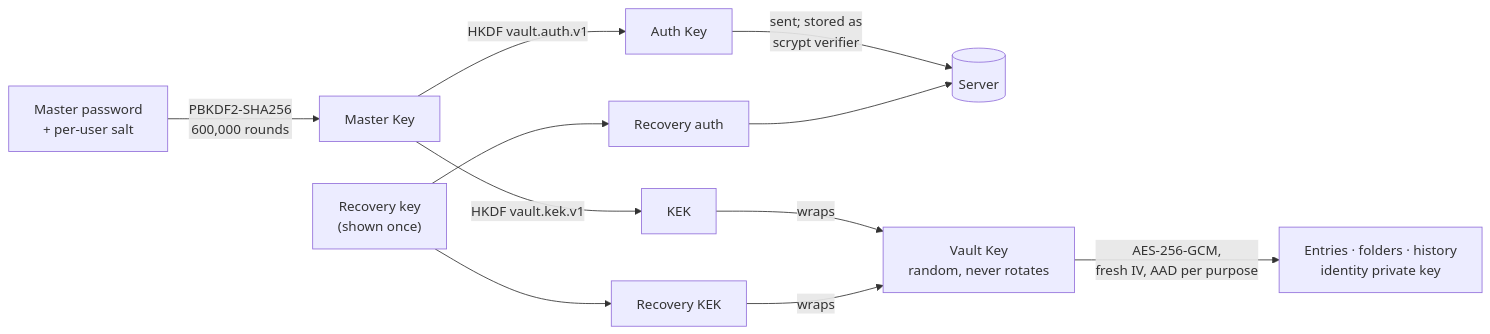
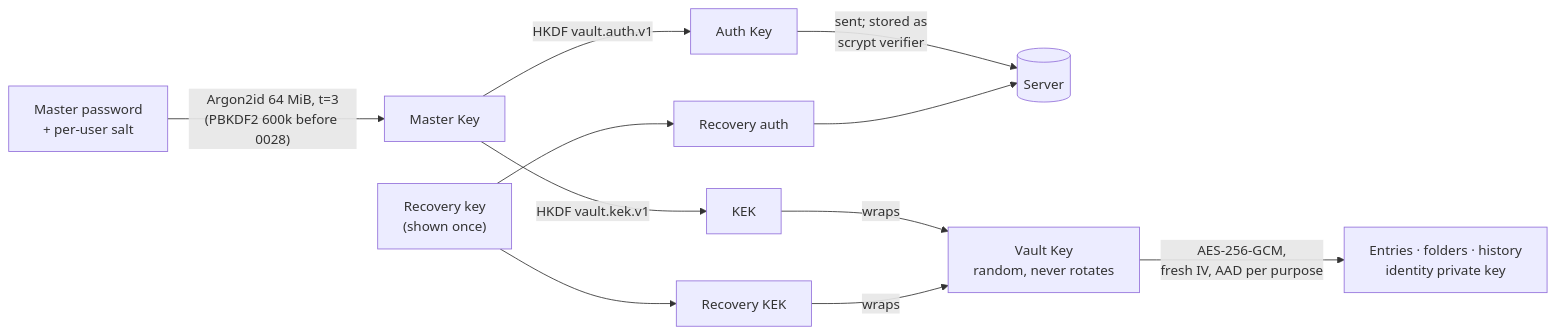
Before and after one commit to SHIVAM-SHARMA-766/vault: the second of 6 diagrams in ARCHITECTURE.md, drawn with Mermaid. The commit also changed other lines of this file and 42 other files, not shown here.

First line of the commit message:
D10: Argon2id for the master password (decision 0028)

````diff
--- a/ARCHITECTURE.md
+++ b/ARCHITECTURE.md
@@ -113,13 +113,13 @@
 ```mermaid
 flowchart LR
-  pw["Master password<br/>+ per-user salt"] -- "PBKDF2-SHA256<br/>600,000 rounds" --> mk["Master Key"]
+  pw["Master password<br/>+ per-user salt"] -- "Argon2id 64 MiB, t=3<br/>(PBKDF2 600k before 0028)" --> mk["Master Key"]
   mk -- "HKDF vault.kek.v1" --> kek["KEK"]
   mk -- "HKDF vault.auth.v1" --> auth["Auth Key"]
   auth -- "sent; stored as<br/>scrypt verifier" --> server[("Server")]
   rk["Recovery key<br/>(shown once)"] --> rkek["Recovery KEK"]
   rk --> rauth["Recovery auth"] --> server
   vk["Vault Key<br/>random, never rotates"]
   kek -- wraps --> vk
   rkek -- wraps --> vk
   vk -- "AES-256-GCM,<br/>fresh IV, AAD per purpose" --> items["Entries · folders · history<br/>identity private key"]
 ```
````
